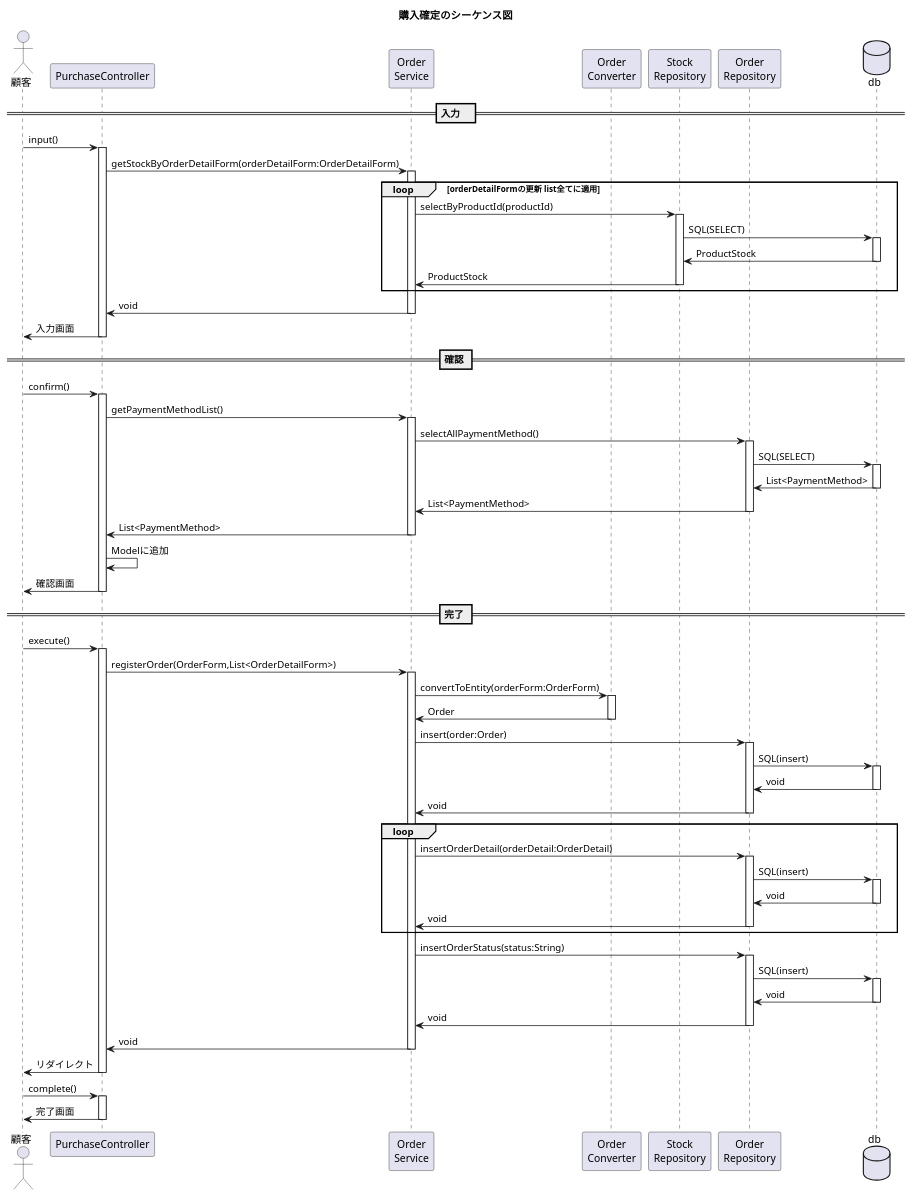
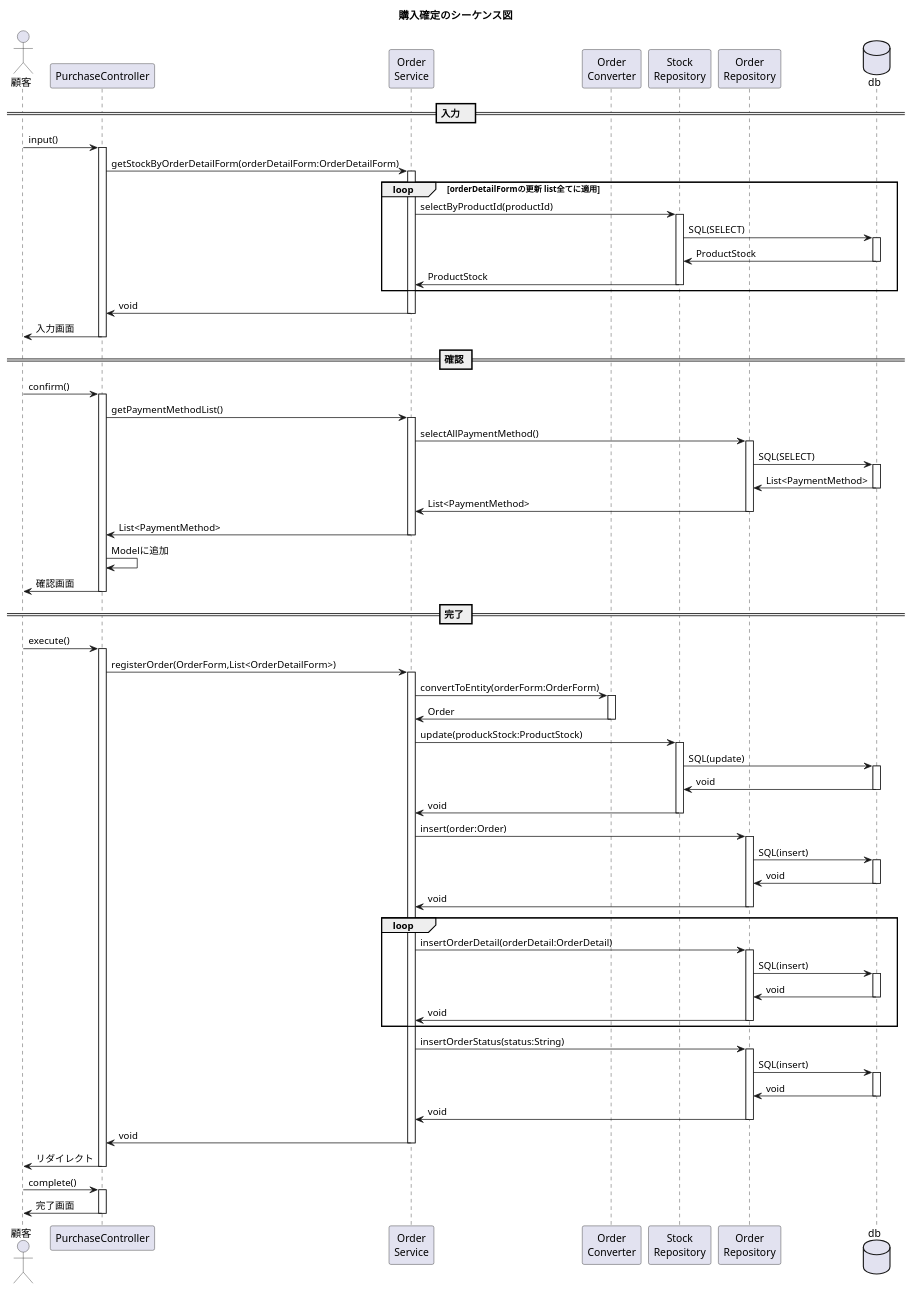
The diagram in plan/uml/sequence/2/uc005.plantuml (kanavii3333/ec-b), drawn with PlantUML before and after one commit.

Commit message:
購入完了の際に在庫数を変更するようにした

```diff
--- a/plan/uml/sequence/2/uc005.plantuml
+++ b/plan/uml/sequence/2/uc005.plantuml
@@ -1,60 +1,64 @@
 @startuml
 
 title 購入確定のシーケンス図
 actor "顧客" as user
 participant "PurchaseController" as controller
 participant "Order\nService" as service
 participant "Order\nConverter" as helper
 participant "Stock\nRepository" as repository1
 participant "Order\nRepository" as repository2
 database "db" as db
 
 == 入力　==
 user -> controller++:input()
 controller -> service++:getStockByOrderDetailForm(orderDetailForm:OrderDetailForm)
 loop orderDetailFormの更新 list全てに適用
 	service -> repository1++:selectByProductId(productId)
 	repository1 -> db++:SQL(SELECT)
 	db -> repository1--:ProductStock
 	repository1 -> service--:ProductStock
 end
 service -> controller--:void
 controller -> user--:入力画面
 
 == 確認 ==
 user -> controller++:confirm()
 controller -> service++:getPaymentMethodList()
 service -> repository2++:selectAllPaymentMethod()
 repository2 -> db++:SQL(SELECT)
 repository2 <- db--:List<PaymentMethod>
 service <- repository2--:List<PaymentMethod>
 controller <- service--:List<PaymentMethod>
 controller -> controller:Modelに追加
 controller -> user--:確認画面
 
 == 完了 ==
 user -> controller++:execute()
 controller -> service++:registerOrder(OrderForm,List<OrderDetailForm>)
 service -> helper++:convertToEntity(orderForm:OrderForm)
 service <- helper--:Order
+service -> repository1++:update(produckStock:ProductStock)
+repository1 -> db++ :SQL(update)
+repository1 <- db -- :void
+service <- repository1 -- :void
 service -> repository2++:insert(order:Order)
 repository2 -> db++:SQL(insert)
 repository2 <- db--:void
 service <- repository2--:void
 loop
 	service -> repository2++:insertOrderDetail(orderDetail:OrderDetail)
 	repository2 -> db++:SQL(insert)
 	repository2 <- db--:void
 	service <- repository2--:void
 end
 service -> repository2++:insertOrderStatus(status:String)
 repository2 -> db++:SQL(insert)
 repository2 <- db--:void
 service <- repository2--:void
 
 controller <- service--:void
 user <- controller--:リダイレクト
 user -> controller++:complete()
 user <- controller--:完了画面
 
 @enduml
```
